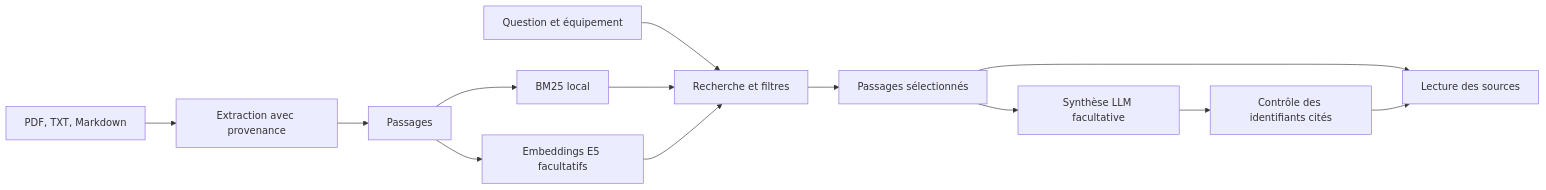
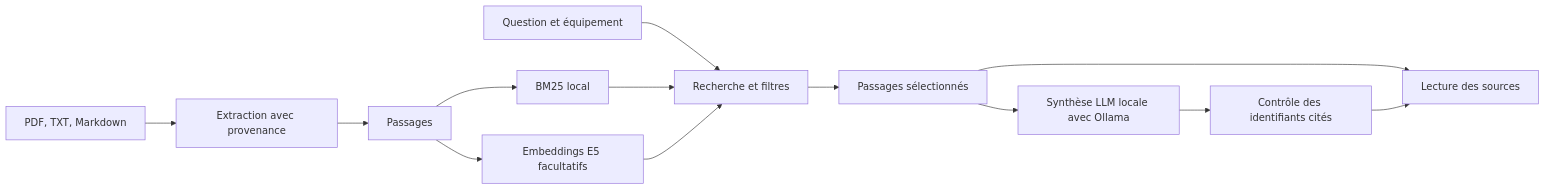
Before and after one commit to axl-chstn/memoire-industrielle: the diagram in docs/ARCHITECTURE.md, drawn with Mermaid. The commit also changed other lines of this file and 16 other files, not shown here.

````diff
--- a/docs/ARCHITECTURE.md
+++ b/docs/ARCHITECTURE.md
@@ -5,15 +5,15 @@
 ```mermaid
 flowchart LR
   A[PDF, TXT, Markdown] --> B[Extraction avec provenance]
   B --> C[Passages]
   C --> D[BM25 local]
   C --> E[Embeddings E5 facultatifs]
   Q[Question et équipement] --> F[Recherche et filtres]
   D --> F
   E --> F
   F --> G[Passages sélectionnés]
   G --> H[Lecture des sources]
-  G --> I[Synthèse LLM facultative]
+  G --> I[Synthèse LLM locale avec Ollama]
   I --> J[Contrôle des identifiants cités]
   J --> H
 ```
````
